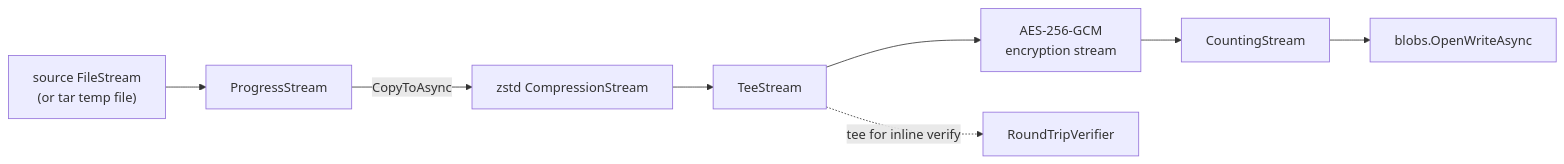
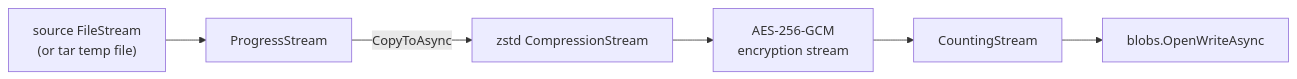
The diagram in docs/design/core/shared/streaming.md (woutervanranst/Arius7), drawn with Mermaid before and after one commit. The commit also changed other lines of this file and 22 other files, not shown here.

````diff
--- a/docs/design/core/shared/streaming.md
+++ b/docs/design/core/shared/streaming.md
@@ -13,10 +13,8 @@
 ```mermaid
 flowchart LR
   src["source FileStream\n(or tar temp file)"] --> ps[ProgressStream]
   ps -->|"CopyToAsync"| zstd["zstd CompressionStream"]
-  zstd --> tee[TeeStream]
-  tee --> enc["AES-256-GCM\nencryption stream"]
+  zstd --> enc["AES-256-GCM\nencryption stream"]
   enc --> cnt[CountingStream]
   cnt --> ow["blobs.OpenWriteAsync"]
-  tee -. "tee for inline verify" .-> ver[RoundTripVerifier]
 ```
````
